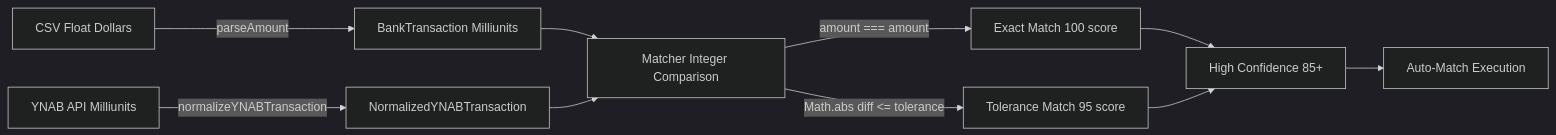
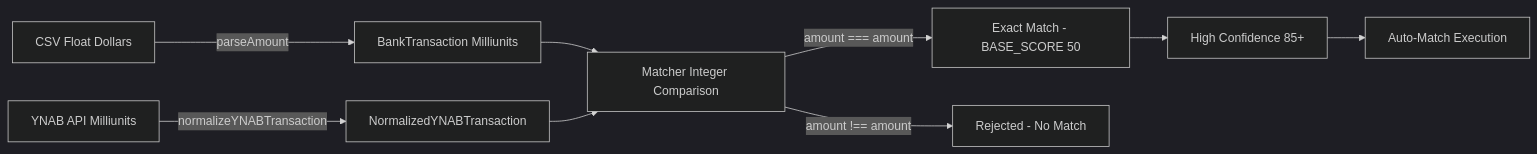
Before and after one commit to dizzlkheinz/ynab-mcpb: the second of 16 diagrams in docs/technical/reconciliation-system-architecture.md, drawn with Mermaid (dark theme). The commit also changed other lines of this file and 22 other files, not shown here.

First line of the commit message:
refactor(reconciliation): clean up architecture debt (6 issues)

````diff
--- a/docs/technical/reconciliation-system-architecture.md
+++ b/docs/technical/reconciliation-system-architecture.md
@@ -99,16 +99,15 @@
 ```mermaid
 graph LR
     A[CSV Float Dollars] -->|parseAmount| B[BankTransaction Milliunits]
     C[YNAB API Milliunits] -->|normalizeYNABTransaction| D[NormalizedYNABTransaction]
 
     B --> E[Matcher Integer Comparison]
     D --> E
 
-    E -->|amount === amount| F[Exact Match 100 score]
-    E -->|Math.abs diff <= tolerance| G[Tolerance Match 95 score]
+    E -->|amount === amount| F[Exact Match - BASE_SCORE 50]
+    E -->|amount !== amount| G[Rejected - No Match]
 
     F --> H[High Confidence 85+]
-    G --> H
 
     H --> I[Auto-Match Execution]
 ```
````
